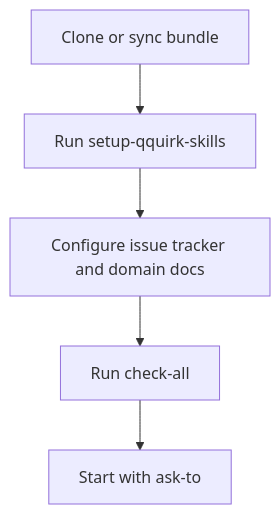
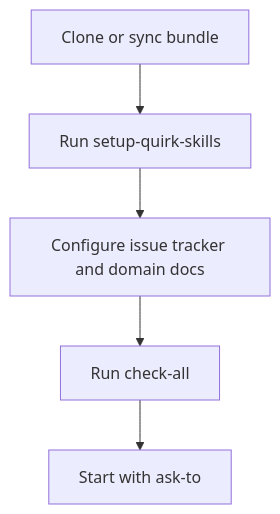
The second of 4 diagrams in README.md (quantumquirkxyz/skills-quantumquirkxyz), drawn with Mermaid before and after one commit. The commit also changed other lines of this file and 56 other files, not shown here.

Commit message:
Rename project from qquirk to quirk

````diff
--- a/README.md
+++ b/README.md
@@ -86,7 +86,7 @@
 ```mermaid
 flowchart TD
-    A[Clone or sync bundle] --> B[Run setup-qquirk-skills]
+    A[Clone or sync bundle] --> B[Run setup-quirk-skills]
     B --> C[Configure issue tracker and domain docs]
     C --> D[Run check-all]
     D --> E[Start with ask-to]
 ```
````
